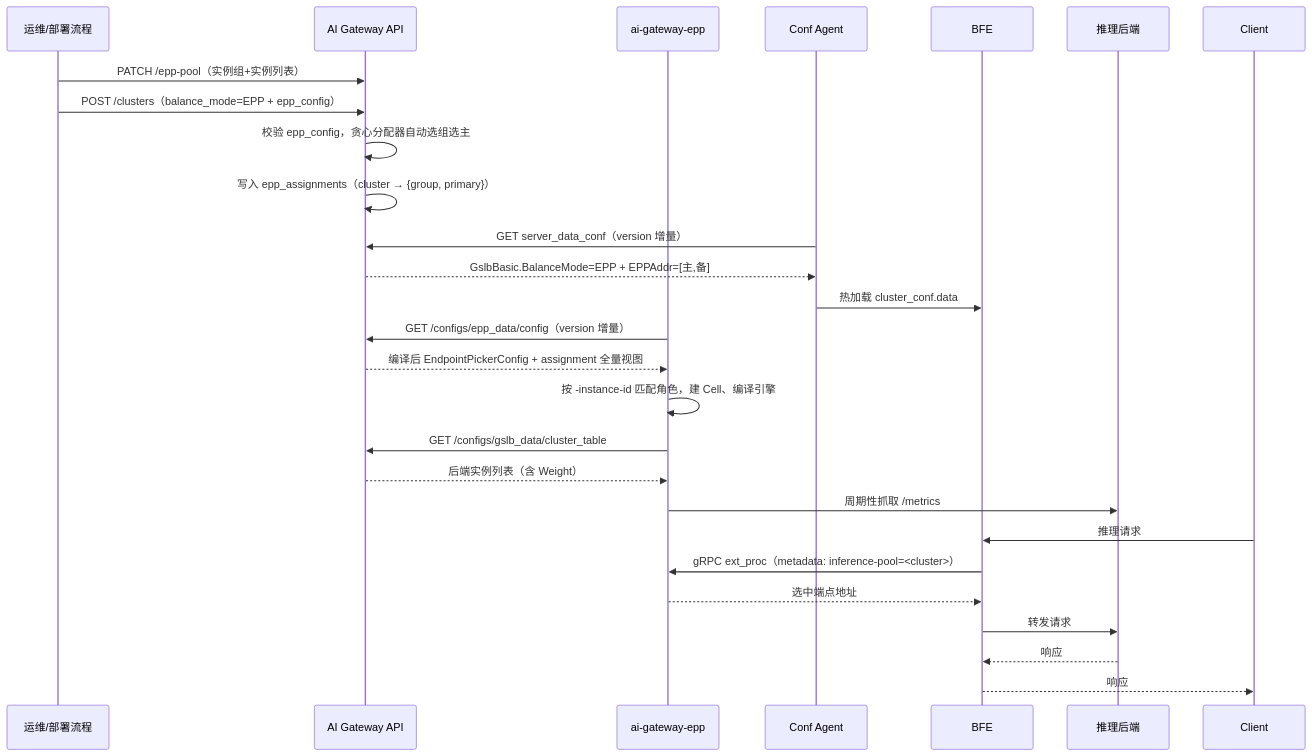
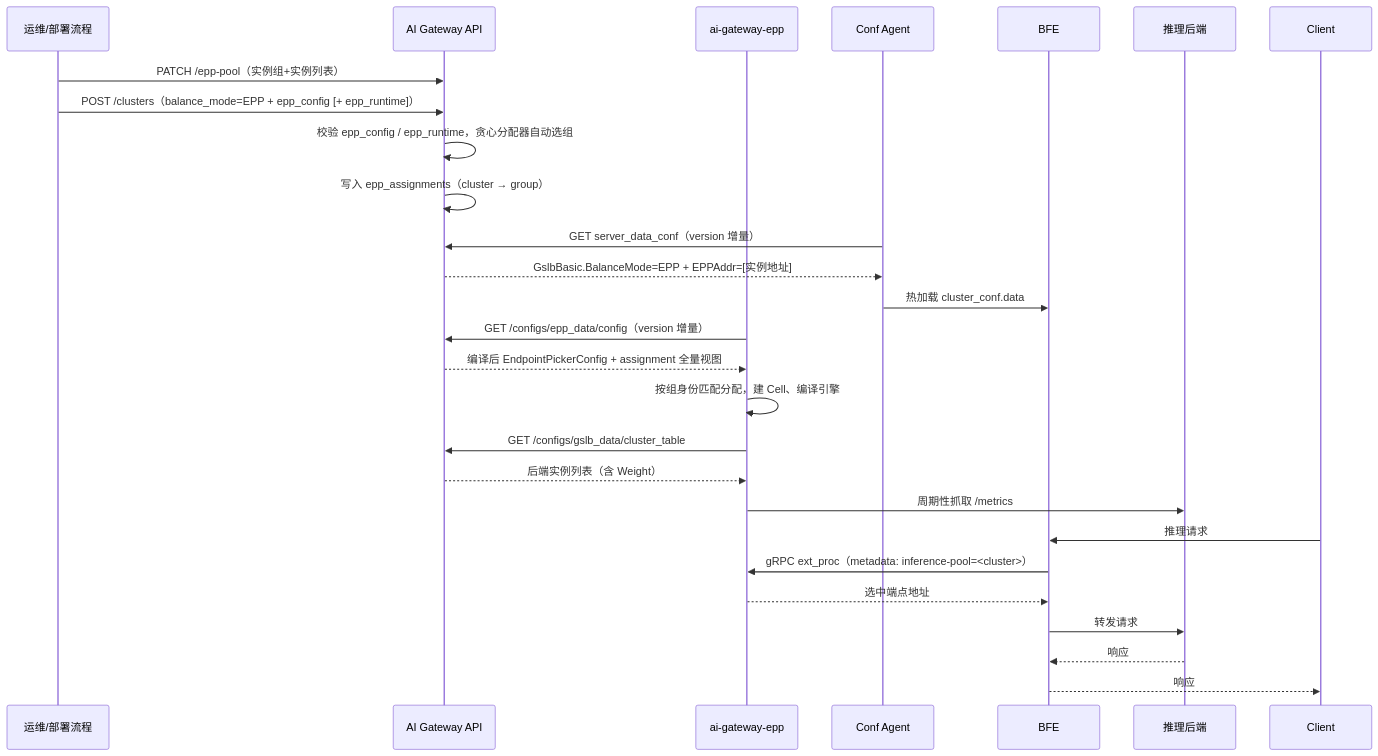
The second of 2 diagrams in design/chapter16-epp-scheduling-design.md (mileszhang2016/rainway-book), drawn with Mermaid before and after one commit. The commit also changed other lines of this file and 78 other files, not shown here.

````diff
--- a/design/chapter16-epp-scheduling-design.md
+++ b/design/chapter16-epp-scheduling-design.md
@@ -317,29 +334,29 @@
 ```mermaid
 sequenceDiagram
     participant OP as 运维/部署流程
     participant API as AI Gateway API
     participant EPP as ai-gateway-epp
     participant CA as Conf Agent
     participant BFE as BFE
     participant RS as 推理后端
 
     OP->>API: PATCH /epp-pool（实例组+实例列表）
-    OP->>API: POST /clusters（balance_mode=EPP + epp_config）
-    API->>API: 校验 epp_config，贪心分配器自动选组选主
-    API->>API: 写入 epp_assignments（cluster → {group, primary}）
+    OP->>API: POST /clusters（balance_mode=EPP + epp_config [+ epp_runtime]）
+    API->>API: 校验 epp_config / epp_runtime，贪心分配器自动选组
+    API->>API: 写入 epp_assignments（cluster → group）
     CA->>API: GET server_data_conf（version 增量）
-    API-->>CA: GslbBasic.BalanceMode=EPP + EPPAddr=[主,备]
+    API-->>CA: GslbBasic.BalanceMode=EPP + EPPAddr=[实例地址]
     CA->>BFE: 热加载 cluster_conf.data
     EPP->>API: GET /configs/epp_data/config（version 增量）
     API-->>EPP: 编译后 EndpointPickerConfig + assignment 全量视图
-    EPP->>EPP: 按 -instance-id 匹配角色，建 Cell、编译引擎
+    EPP->>EPP: 按组身份匹配分配，建 Cell、编译引擎
     EPP->>API: GET /configs/gslb_data/cluster_table
     API-->>EPP: 后端实例列表（含 Weight）
     EPP->>RS: 周期性抓取 /metrics
     Client->>BFE: 推理请求
     BFE->>EPP: gRPC ext_proc（metadata: inference-pool=<cluster>）
     EPP-->>BFE: 选中端点地址
     BFE->>RS: 转发请求
     RS-->>BFE: 响应
     BFE-->>Client: 响应
 ```
````
